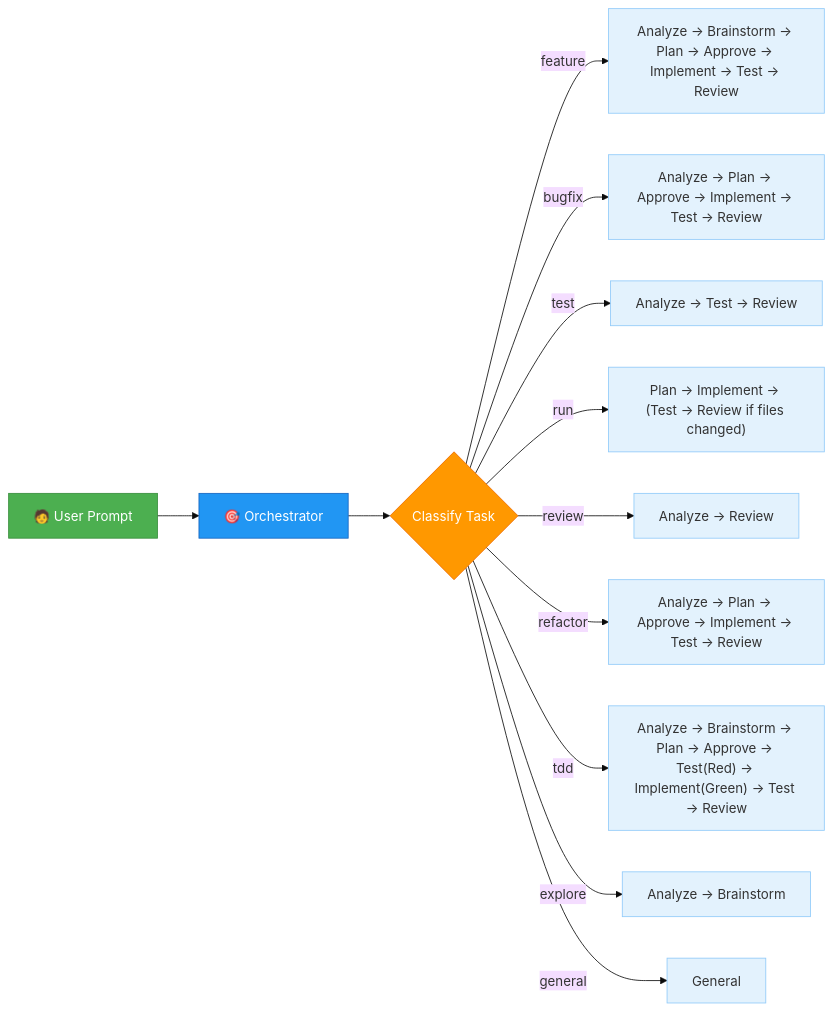
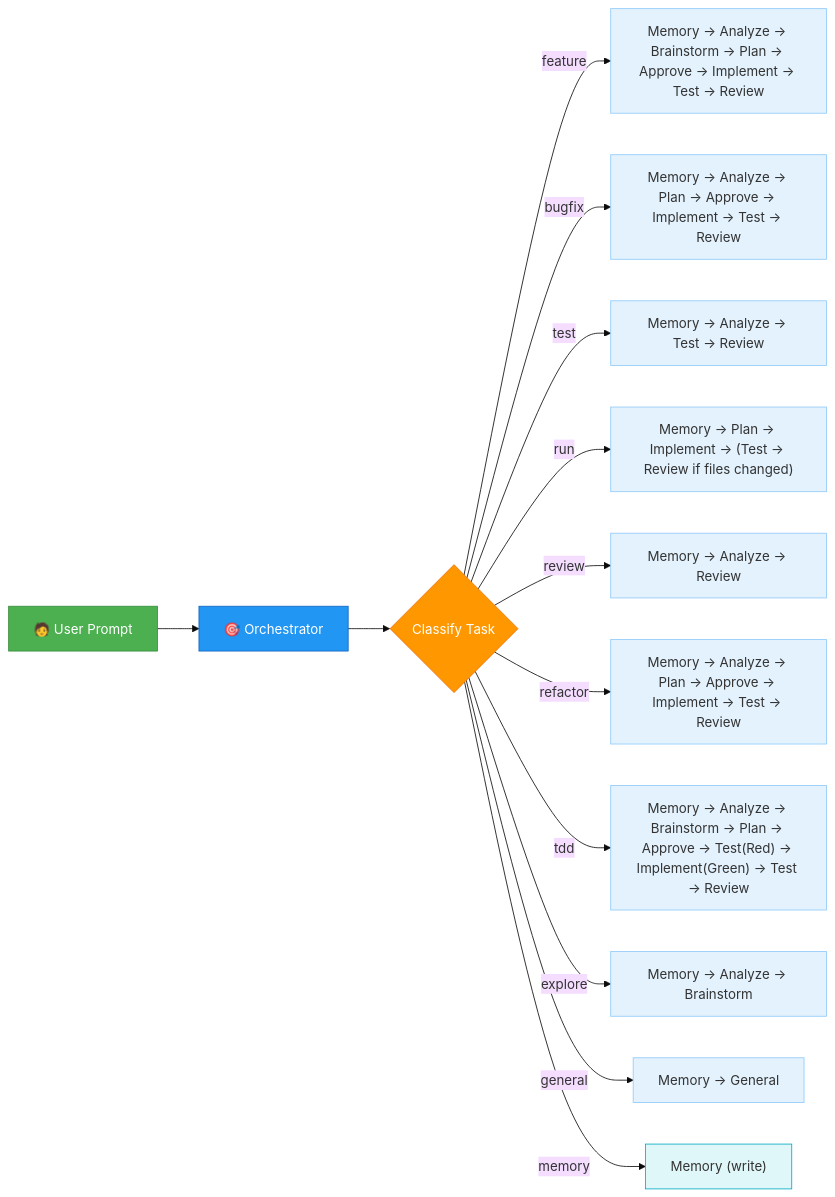
The first of 2 diagrams in README.md (pft-IvanLim/copilot-agent), drawn with Mermaid (base theme) before and after one commit. The commit also changed other lines of this file and 2 other files, not shown here.

````diff
--- a/README.md
+++ b/README.md
@@ -49,28 +49,30 @@
 ```mermaid
 flowchart LR
     A["🧑 User Prompt"] --> B["🎯 Orchestrator"]
     B --> C{"Classify Task"}
 
-    C -- "feature" --> F1["Analyze → Brainstorm → Plan → Approve → Implement → Test → Review"]
-    C -- "bugfix" --> F2["Analyze → Plan → Approve → Implement → Test → Review"]
-    C -- "test" --> F3["Analyze → Test → Review"]
-    C -- "run" --> F4["Plan → Implement → (Test → Review if files changed)"]
-    C -- "review" --> F5["Analyze → Review"]
-    C -- "refactor" --> F6["Analyze → Plan → Approve → Implement → Test → Review"]
-    C -- "tdd" --> F7["Analyze → Brainstorm → Plan → Approve → Test(Red) → Implement(Green) → Test → Review"]
-    C -- "explore" --> F8["Analyze → Brainstorm"]
-    C -- "general" --> F9["General"]
+    C -- "feature" --> F1["Memory → Analyze → Brainstorm → Plan → Approve → Implement → Test → Review"]
+    C -- "bugfix" --> F2["Memory → Analyze → Plan → Approve → Implement → Test → Review"]
+    C -- "test" --> F3["Memory → Analyze → Test → Review"]
+    C -- "run" --> F4["Memory → Plan → Implement → (Test → Review if files changed)"]
+    C -- "review" --> F5["Memory → Analyze → Review"]
+    C -- "refactor" --> F6["Memory → Analyze → Plan → Approve → Implement → Test → Review"]
+    C -- "tdd" --> F7["Memory → Analyze → Brainstorm → Plan → Approve → Test(Red) → Implement(Green) → Test → Review"]
+    C -- "explore" --> F8["Memory → Analyze → Brainstorm"]
+    C -- "general" --> F9["Memory → General"]
+    C -- "memory" --> F10["Memory (write)"]
 
     style A fill:#4CAF50,stroke:#388E3C,color:#fff
     style B fill:#2196F3,stroke:#1565C0,color:#fff
     style C fill:#FF9800,stroke:#EF6C00,color:#fff
     style F1 fill:#E3F2FD,stroke:#90CAF9
     style F2 fill:#E3F2FD,stroke:#90CAF9
     style F3 fill:#E3F2FD,stroke:#90CAF9
     style F4 fill:#E3F2FD,stroke:#90CAF9
     style F5 fill:#E3F2FD,stroke:#90CAF9
     style F6 fill:#E3F2FD,stroke:#90CAF9
     style F7 fill:#E3F2FD,stroke:#90CAF9
     style F8 fill:#E3F2FD,stroke:#90CAF9
     style F9 fill:#E3F2FD,stroke:#90CAF9
+    style F10 fill:#E0F7FA,stroke:#00ACC1
 ```
````
